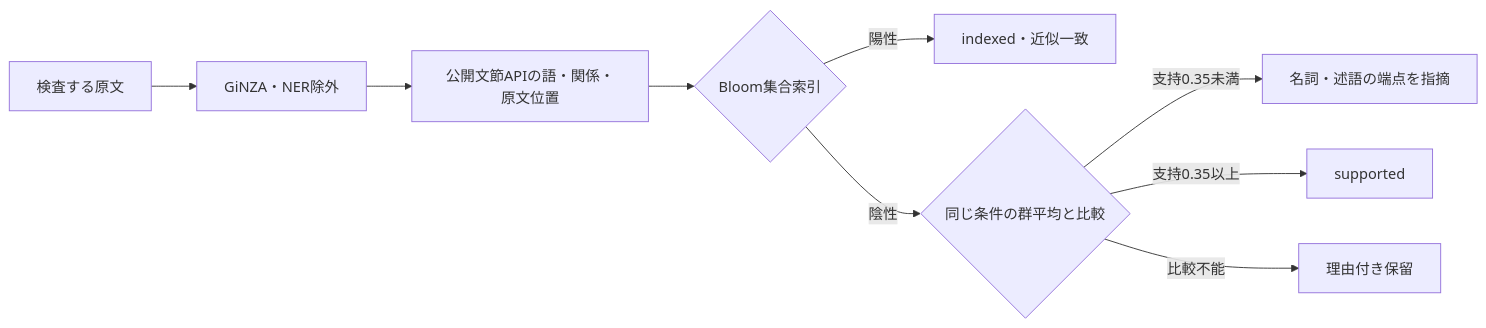
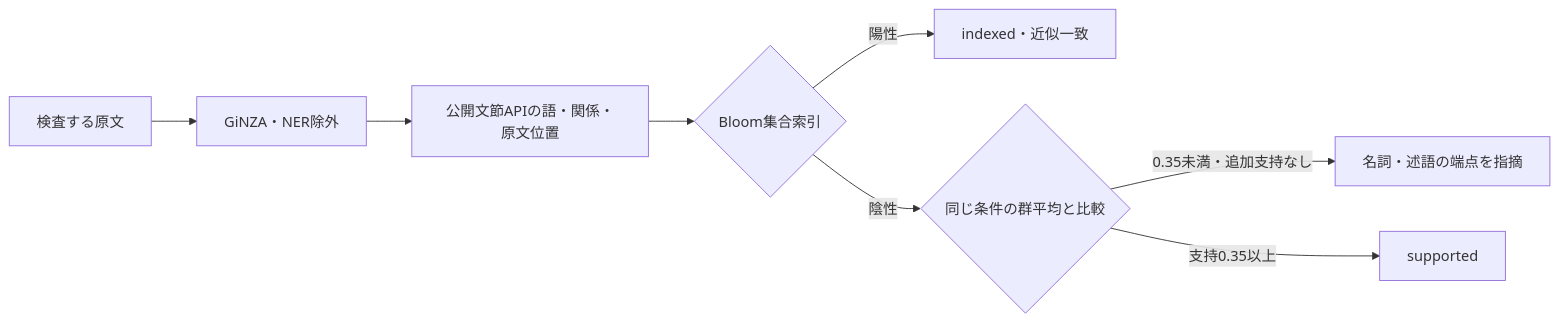
Before and after one commit to karin0624/use-native-japanese: the first of 2 diagrams in docs/architecture.md, drawn with Mermaid. The commit also changed other lines of this file and 8 other files, not shown here.

````diff
--- a/docs/architecture.md
+++ b/docs/architecture.md
@@ -7,11 +7,10 @@
 ```mermaid
 flowchart LR
   A[検査する原文] --> B[GiNZA・NER除外]
   B --> C[公開文節APIの語・関係・原文位置]
   C --> D{Bloom集合索引}
   D -->|陽性| E[indexed・近似一致]
   D -->|陰性| F{同じ条件の群平均と比較}
-  F -->|支持0.35未満| G[名詞・述語の端点を指摘]
+  F -->|0.35未満・追加支持なし| G[名詞・述語の端点を指摘]
   F -->|支持0.35以上| H[supported]
-  F -->|比較不能| I[理由付き保留]
 ```
````
